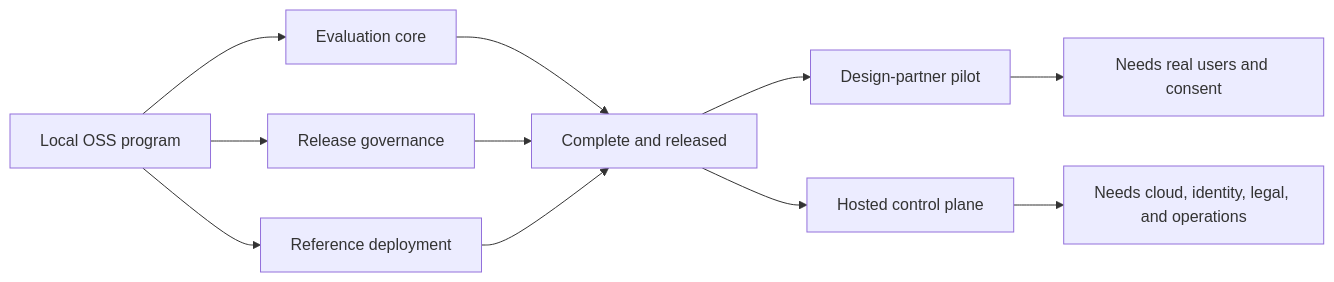
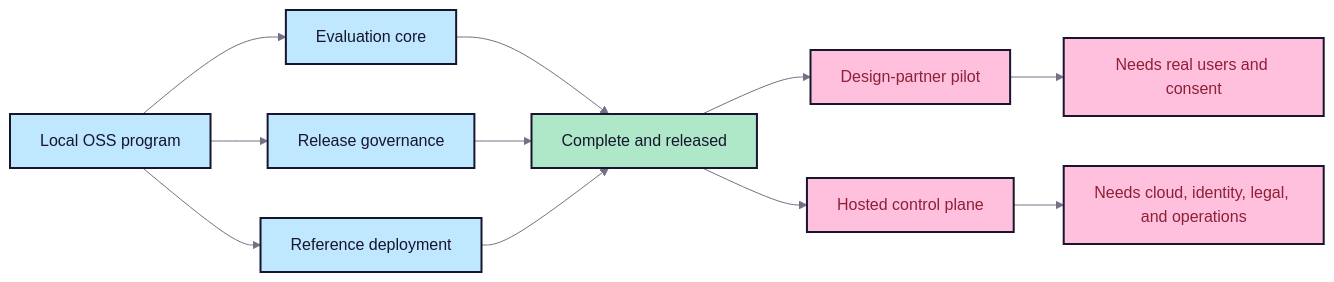
The diagram in docs/project/program-completion-audit.md (thangldw/ragops), drawn with Mermaid before and after one commit. The commit also changed 39 other files, not shown here.

````diff
--- a/docs/project/program-completion-audit.md
+++ b/docs/project/program-completion-audit.md
@@ -61,13 +61,20 @@
 ```mermaid
+%%{init: {"theme":"base","fontFamily":"system-ui, -apple-system, BlinkMacSystemFont, Segoe UI, sans-serif","flowchart":{"curve":"basis"},"themeVariables":{"background":"#f8f6f0","primaryColor":"#ffdc7c","primaryTextColor":"#17152f","primaryBorderColor":"#17152f","secondaryColor":"#bfe8ff","tertiaryColor":"#d8ceff","lineColor":"#756f84","edgeLabelBackground":"#fffef9"}}}%%
 flowchart LR
   A["Local OSS program"] --> B["Evaluation core"]
   A --> C["Release governance"]
   A --> D["Reference deployment"]
   B --> E["Complete and released"]
   C --> E
   D --> E
   E --> F["Design-partner pilot"]
   E --> G["Hosted control plane"]
   F --> H["Needs real users and consent"]
   G --> I["Needs cloud, identity, legal, and operations"]
+  classDef source fill:#bfe8ff,stroke:#17152f,color:#17152f,stroke-width:2px;
+  classDef complete fill:#aee8c9,stroke:#17152f,color:#17152f,stroke-width:2px;
+  classDef external fill:#ffc0dd,stroke:#17152f,color:#8d2037,stroke-width:2px;
+  class A,B,C,D source;
+  class E complete;
+  class F,G,H,I external;
 ```
````
